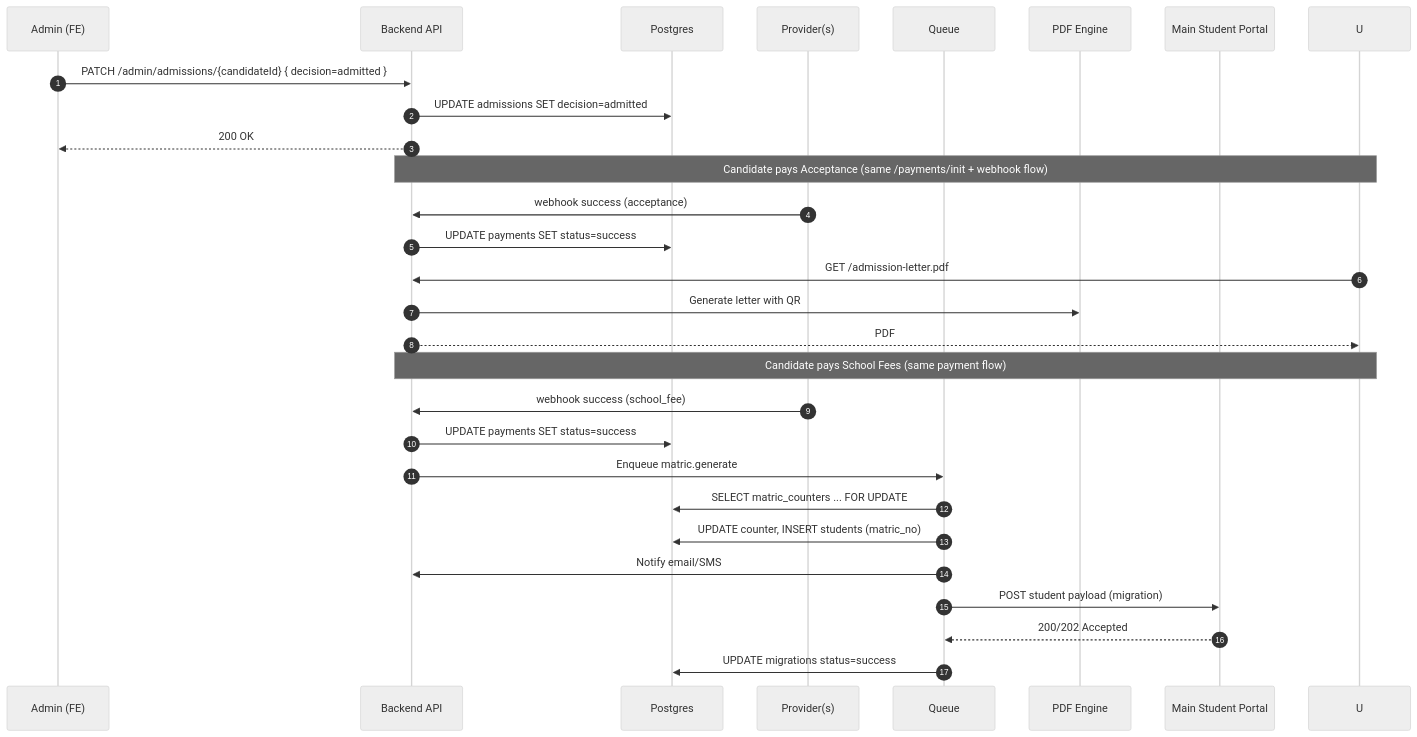
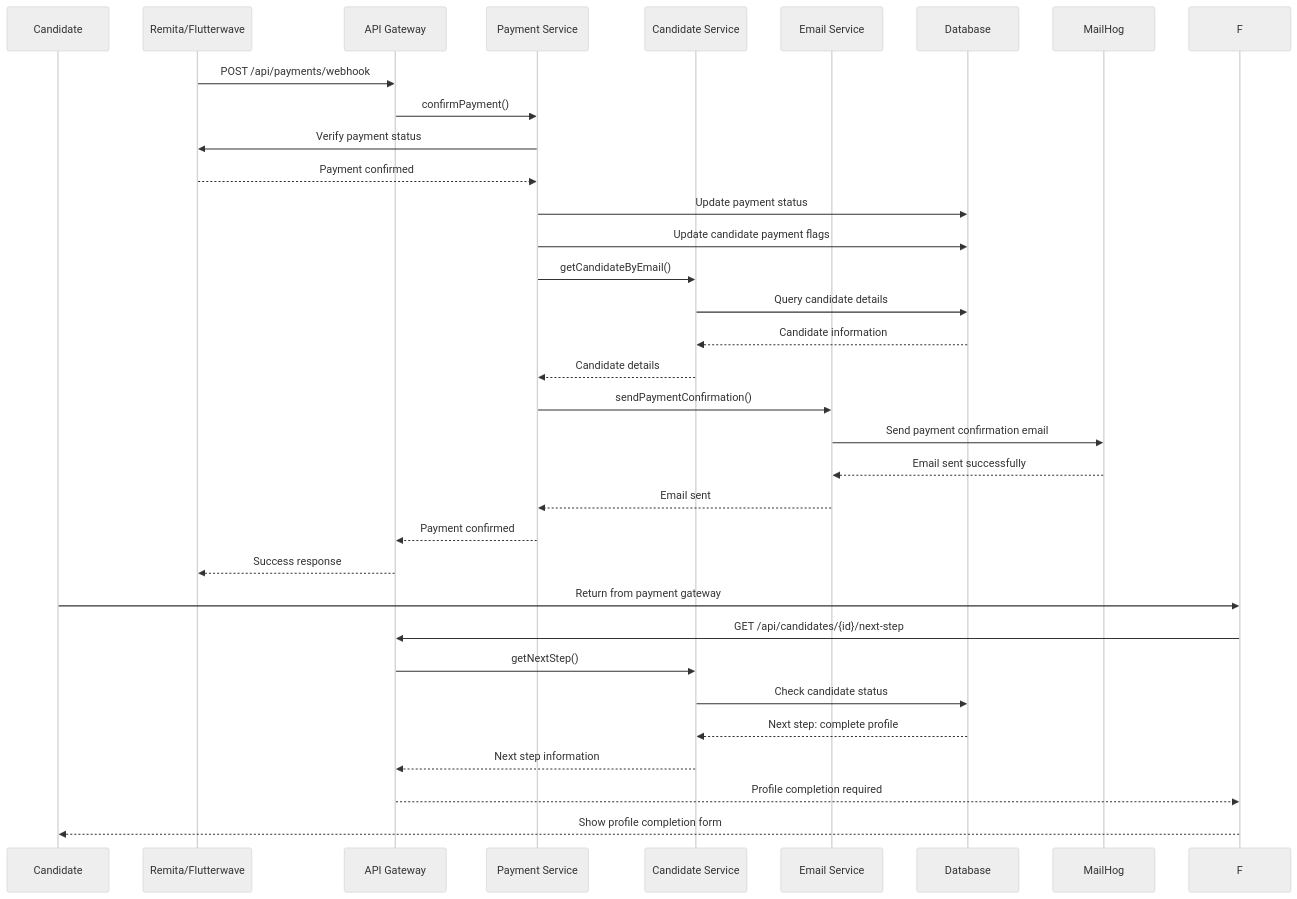
One commit to sbikelly/fuep_api changed the third of 17 diagrams in docs/sequence-diagrams.md. Above: the diagram before and after it, drawn with Mermaid (neutral theme). The commit also changed other lines of this file and 35 other files, not shown here.

````diff
--- a/docs/sequence-diagrams.md
+++ b/docs/sequence-diagrams.md
@@ -305,36 +101,38 @@
 ```mermaid
 sequenceDiagram
-  autonumber
-  participant ADM as Admin (FE)
-  participant API as Backend API
-  participant DB as Postgres
-  participant PAY as Provider(s)
-  participant Q as Queue
-  participant PDF as PDF Engine
-  participant MAIN as Main Student Portal
+    participant C as Candidate
+    participant R as Remita/Flutterwave
+    participant A as API Gateway
+    participant PS as Payment Service
+    participant CS as Candidate Service
+    participant ES as Email Service
+    participant DB as Database
+    participant M as MailHog
 
-  ADM->>API: PATCH /admin/admissions/{candidateId} { decision=admitted }
-  API->>DB: UPDATE admissions SET decision=admitted
-  API-->>ADM: 200 OK
+    R->>A: POST /api/payments/webhook
+    A->>PS: confirmPayment()
 
-  Note over U,API: Candidate pays Acceptance (same /payments/init + webhook flow)
-  PAY->>API: webhook success (acceptance)
-  API->>DB: UPDATE payments SET status=success
+    PS->>R: Verify payment status
+    R-->>PS: Payment confirmed
+    PS->>DB: Update payment status
+    PS->>DB: Update candidate payment flags
+    PS->>CS: getCandidateByEmail()
+    CS->>DB: Query candidate details
+    DB-->>CS: Candidate information
+    CS-->>PS: Candidate details
+    PS->>ES: sendPaymentConfirmation()
+    ES->>M: Send payment confirmation email
+    M-->>ES: Email sent successfully
+    ES-->>PS: Email sent
+    PS-->>A: Payment confirmed
+    A-->>R: Success response
 
-  U->>API: GET /admission-letter.pdf
-  API->>PDF: Generate letter with QR
-  API-->>U: PDF
-
-  Note over U,API: Candidate pays School Fees (same payment flow)
-  PAY->>API: webhook success (school_fee)
-  API->>DB: UPDATE payments SET status=success
-  API->>Q: Enqueue matric.generate
-
-  Q->>DB: SELECT matric_counters ... FOR UPDATE
-  Q->>DB: UPDATE counter, INSERT students (matric_no)
-  Q->>API: Notify email/SMS
-
-  Q->>MAIN: POST student payload (migration)
-  MAIN-->>Q: 200/202 Accepted
-  Q->>DB: UPDATE migrations status=success
+    C->>F: Return from payment gateway
+    F->>A: GET /api/candidates/{id}/next-step
+    A->>CS: getNextStep()
+    CS->>DB: Check candidate status
+    DB-->>CS: Next step: complete profile
+    CS-->>A: Next step information
+    A-->>F: Profile completion required
+    F-->>C: Show profile completion form
 ```
````
